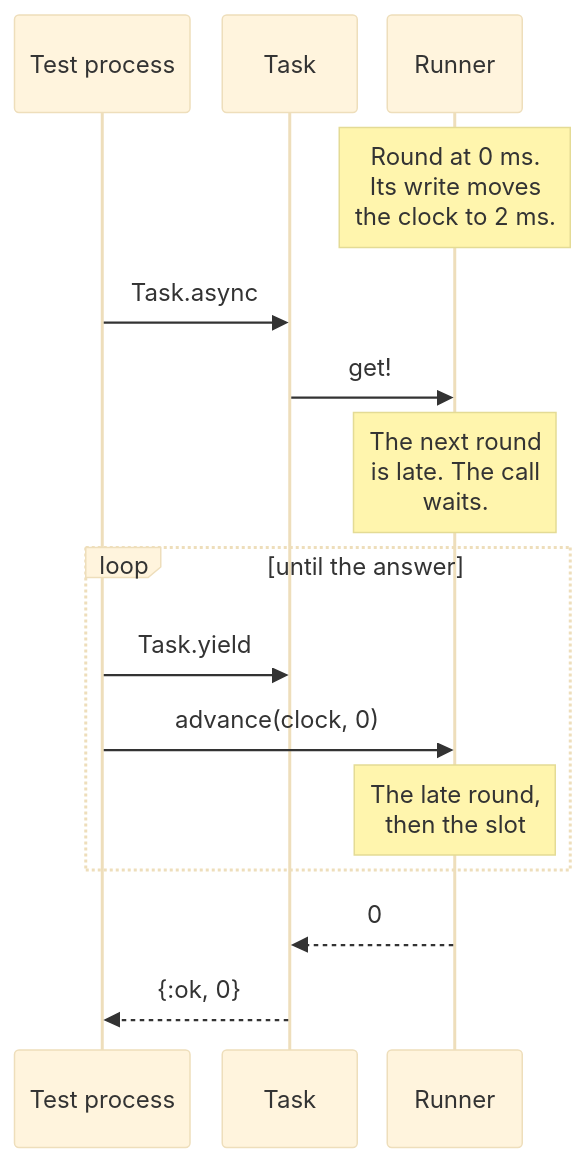
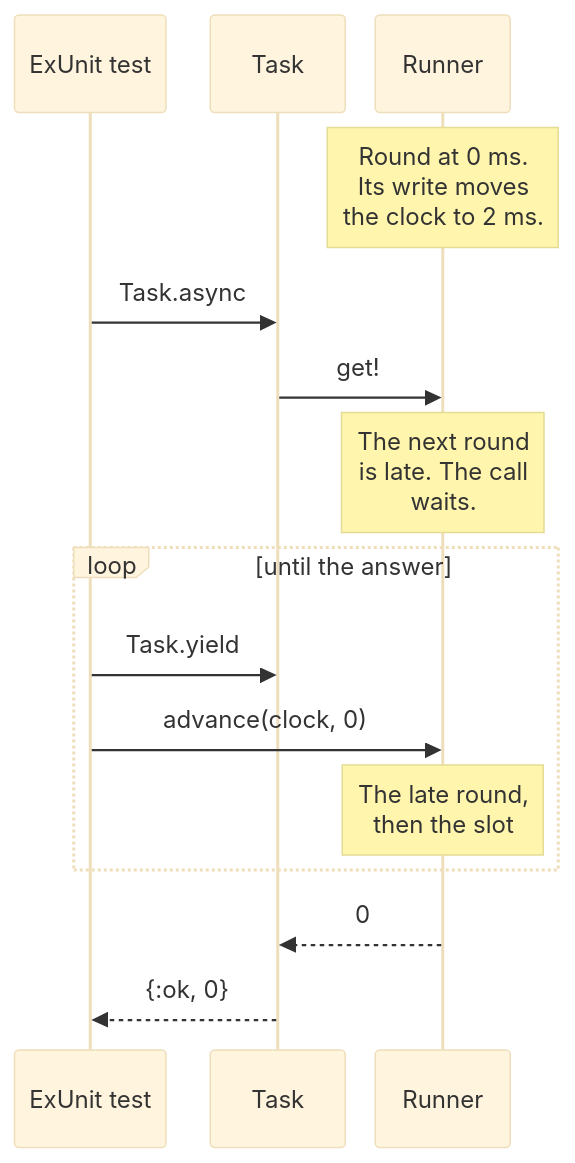
The diagram in guides/howto/test-on-the-manual-clock.md (rellen/logex), drawn with Mermaid (base theme) before and after one commit. The commit also changed other lines of this file and 14 other files, not shown here.

````diff
--- a/guides/howto/test-on-the-manual-clock.md
+++ b/guides/howto/test-on-the-manual-clock.md
@@ -258,18 +258,18 @@
 ```mermaid
 %%{init: {"sequence": {"actorMargin": 20, "width": 90, "diagramMarginX": 5}}}%%
 sequenceDiagram
-  participant T as Test process
+  participant T as ExUnit test
   participant K as Task
   participant R as Runner
   Note over R: Round at 0 ms.<br/>Its write moves<br/>the clock to 2 ms.
   T->>K: Task.async
   K->>R: get!
   Note over R: The next round<br/>is late. The call<br/>waits.
   loop until the answer
     T->>K: Task.yield
     T->>R: advance(clock, 0)
     Note over R: The late round,<br/>then the slot
   end
   R-->>K: 0
   K-->>T: {:ok, 0}
 ```
````
